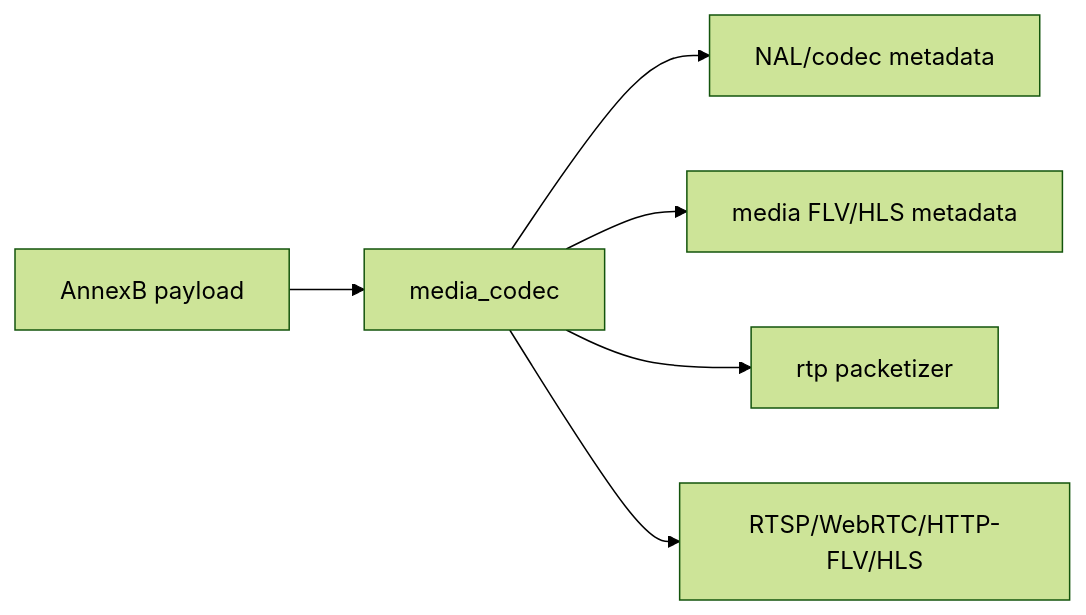
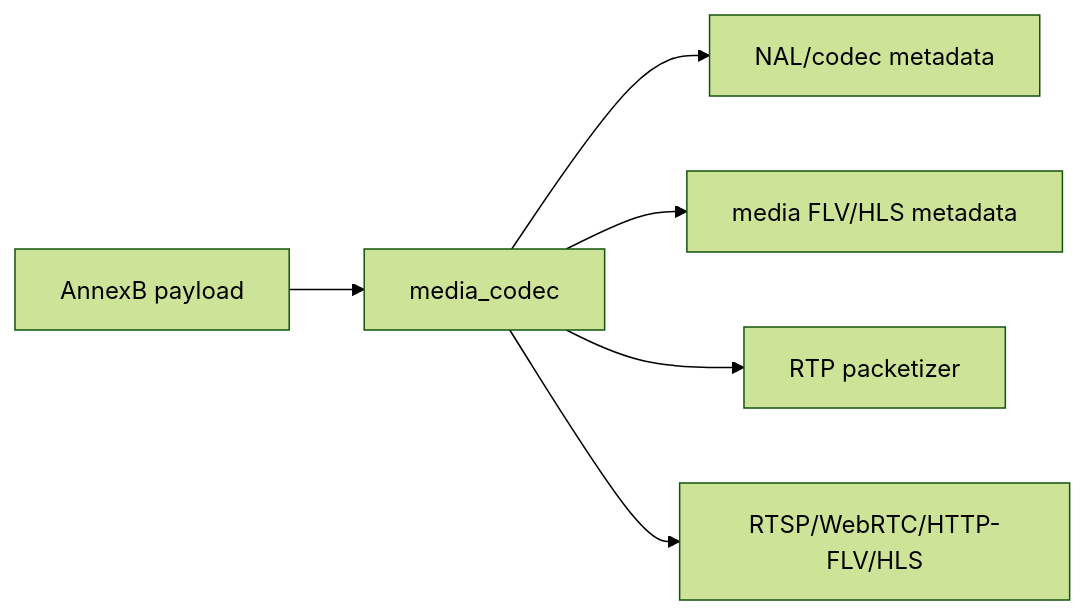
The diagram in docs/libs/media_codec.md (373699756/live_stream), drawn with Mermaid (forest theme) before and after one commit. The commit also changed other lines of this file and 11 other files, not shown here.

Commit message:
refactor(media-codec): fold rtp packetizer into codec tools

````diff
--- a/docs/libs/media_codec.md
+++ b/docs/libs/media_codec.md
@@ -15,8 +15,8 @@
 ```mermaid
 flowchart LR
   Payload[AnnexB payload] --> Codec[media_codec]
   Codec --> Parse[NAL/codec metadata]
   Codec --> Media[media FLV/HLS metadata]
-  Codec --> RTP[rtp packetizer]
+  Codec --> RTP[RTP packetizer]
   Codec --> Protocol[RTSP/WebRTC/HTTP-FLV/HLS]
 ```
````
